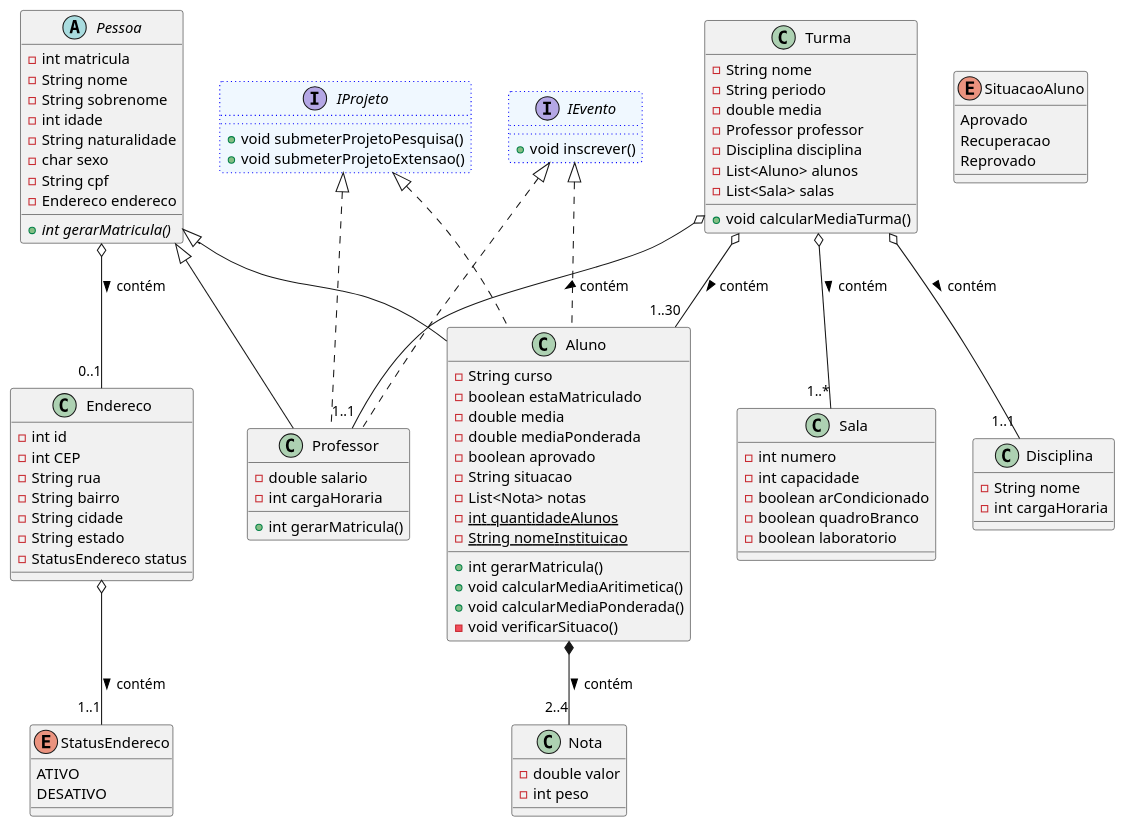
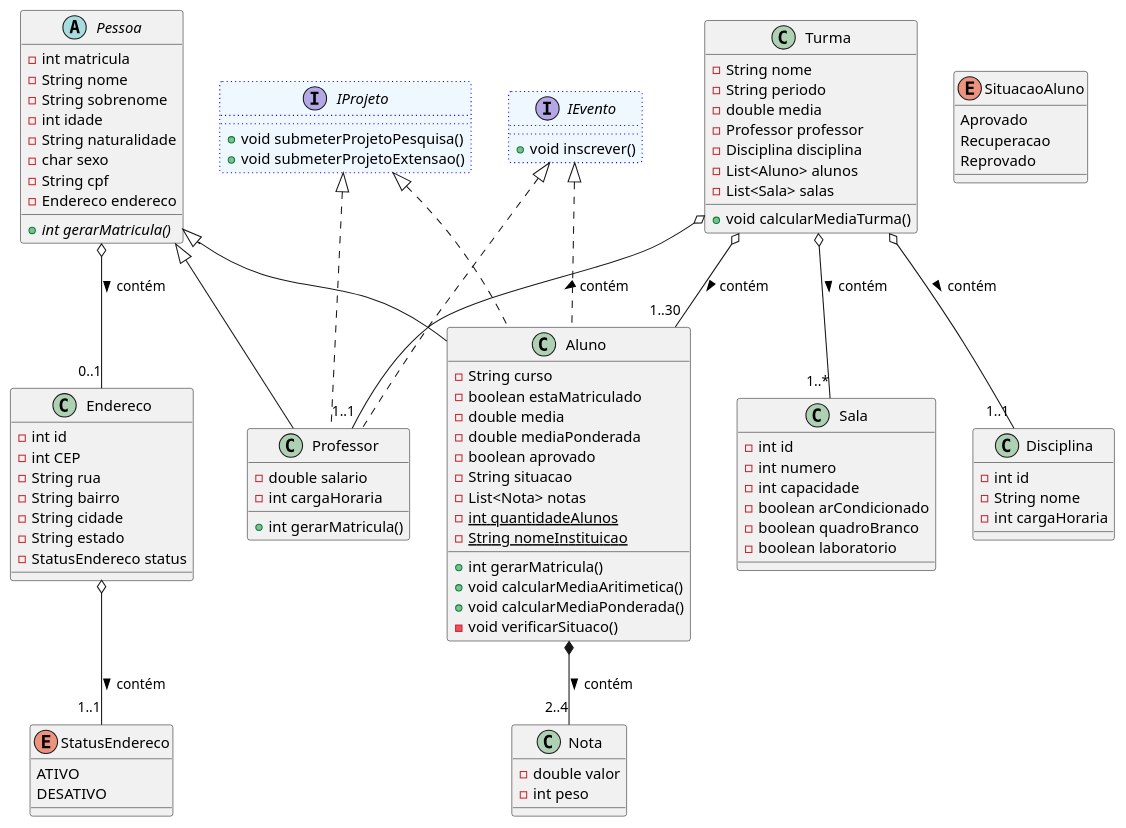
The diagram in diagramas/DiagramaClasse.wsd (diegoarmandoo/academico-web-api), drawn with PlantUML before and after one commit.

Commit message:
📝docs(Diagrama): atualiza o diagrama de classes | Parte 06
- Define atributo id para as classes Disciplina e Sala.

```diff
--- a/diagramas/DiagramaClasse.wsd
+++ b/diagramas/DiagramaClasse.wsd
@@ -1,121 +1,123 @@
 @startuml Academico
 
     enum StatusEndereco {
         ATIVO 
         DESATIVO
     }
 
     Class Endereco {
         - int id
         - int CEP
         - String rua
         - String bairro
         - String cidade
         - String estado
         - StatusEndereco status
     }
 
     abstract Class Pessoa {
         - int matricula
         - String nome
         - String sobrenome
         - int idade
         - String naturalidade
         - char sexo
         - String cpf
         - Endereco endereco
 
         + {abstract} int gerarMatricula()
     }
 
     Class Nota {
         - double valor
         - int peso
     }
 
     Class Aluno {
         - String curso 
         - boolean estaMatriculado
         - double media
         - double mediaPonderada
         - boolean aprovado
         - String situacao
         - List<Nota> notas
         - {static} int quantidadeAlunos
         - {static} String nomeInstituicao
 
         + int gerarMatricula()
         + void calcularMediaAritimetica()
         + void calcularMediaPonderada()
         - void verificarSituaco()
     }
 
     Class Professor {
         - double salario
         - int cargaHoraria
         
         + int gerarMatricula()
     }
 
     Class Disciplina {
+        - int id
         - String nome
         - int cargaHoraria
     }
 
     Class Sala {
+        - int id
         - int numero
         - int capacidade
         - boolean arCondicionado
         - boolean quadroBranco
         - boolean laboratorio
     }
 
     Class Turma {
         - String nome
         - String periodo
         - double media
         - Professor professor
         - Disciplina disciplina
         - List<Aluno> alunos
         - List<Sala> salas
 
         + void calcularMediaTurma()
     }
 
     interface IProjeto #aliceblue ##[dotted]blue {
 
         + void submeterProjetoPesquisa()
         + void submeterProjetoExtensao()
 
     }
 
     interface IEvento #aliceblue ##[dotted]blue {
 
         + void inscrever()
     }
 
     enum SituacaoAluno {
         Aprovado
         Recuperacao
         Reprovado
     }
 
     Pessoa <|-- Aluno
     Pessoa <|-- Professor
     Pessoa o-- "0..1" Endereco : contém >
 
     Aluno *-- "2..4" Nota : contém >
 
     Turma o-- "1..1" Professor : contém >
     Turma o-- "1..1" Disciplina : contém >
     Turma o-- "1..30" Aluno : contém >
     Turma o-- "1..*" Sala : contém >
 
     IProjeto <|.. Professor
     IProjeto <|.. Aluno
     IEvento <|.. Professor
     IEvento <|.. Aluno
 
    Endereco o-- "1..1" StatusEndereco : contém >
 
 @enduml
```
